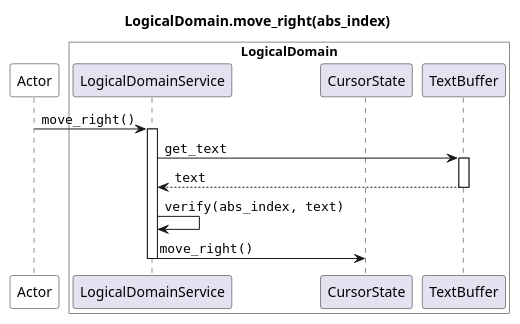
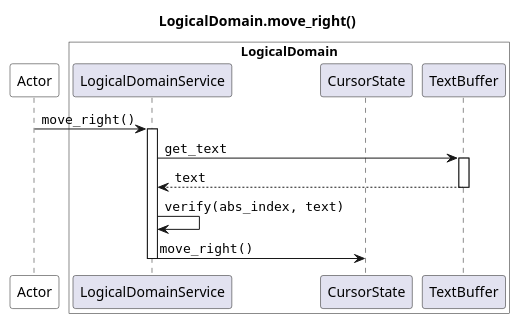
Before and after one commit to JoeRittiner/TextEngine: the diagram in docs/source/specs/architecture/diagrams/sequence/seq_move_horizontal_logical.puml, drawn with PlantUML. The commit also changed 11 other files, not shown here.

Commit message:
doc: Cleanup diagrams and consistency

```diff
--- a/docs/source/specs/architecture/diagrams/sequence/seq_move_horizontal_logical.puml
+++ b/docs/source/specs/architecture/diagrams/sequence/seq_move_horizontal_logical.puml
@@ -1,23 +1,23 @@
 @startuml
 
-title LogicalDomain.move_right(abs_index)
+title LogicalDomain.move_right()
 
 participant Actor as app #white
 box "LogicalDomain" #white
     participant LogicalDomainService as LS
     participant CursorState as CS
     participant TextBuffer as TB
 end box
 
 app -> LS : ""move_right()""
 activate LS
     LS -> TB : ""get_text""
     activate TB
         return ""text""
 
     LS -> LS : ""verify(abs_index, text)""
 
     LS -> CS : ""move_right()""
     deactivate LS
 
 @enduml
```
